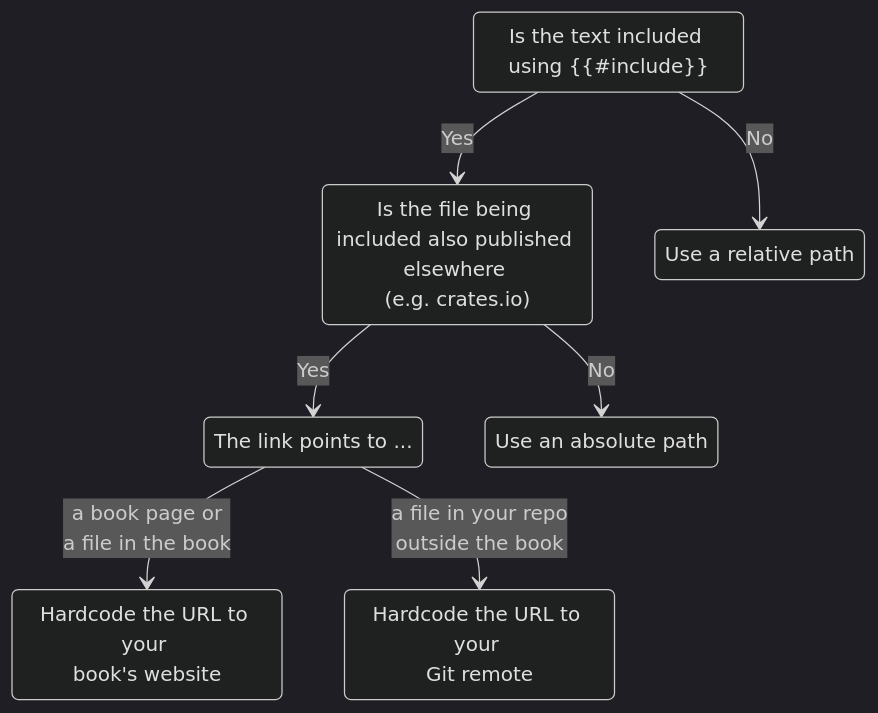
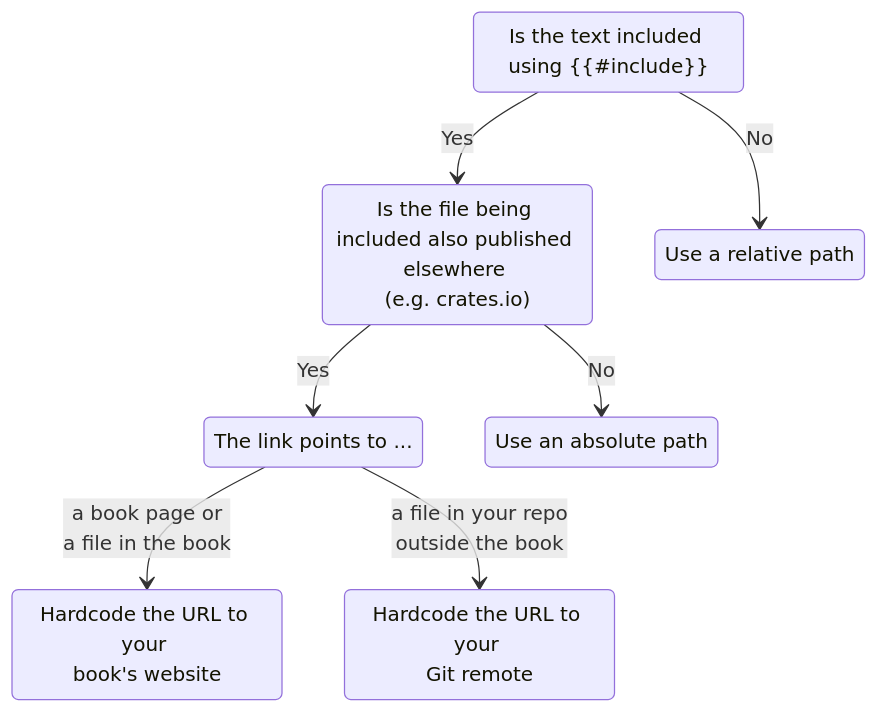
One commit to tonywu6/mdbookkit changed the diagram in docs/src/permalinks/more-ways-to-link.md. Above: the diagram before and after it, drawn with Mermaid. The commit also changed other lines of this file and 7 other files, not shown here.

Commit message:
chore(docs): add mermaid support

````diff
--- a/docs/src/permalinks/more-ways-to-link.md
+++ b/docs/src/permalinks/more-ways-to-link.md
@@ -13,21 +16,17 @@
 ```mermaid
----
-config:
-  theme: dark
----
 stateDiagram-v2
     start          : Is the text included using {{#include}}
     included       : Is the file being included also published elsewhere <br>(e.g. crates.io)
     external       : The link points to ...
     relativePath   : Use a relative path
     absolutePath   : Use an absolute path
     bookUrl        : Hardcode the URL to your <br>book's website
     repoUrl        : Hardcode the URL to your <br>Git remote
 
     start --> included: Yes
     start --> relativePath: No
     included --> external: Yes
     included --> absolutePath: No
     external --> bookUrl: a book page or <br>a file in the book
     external --> repoUrl: a file in your repo <br>outside the book
 ```
````
